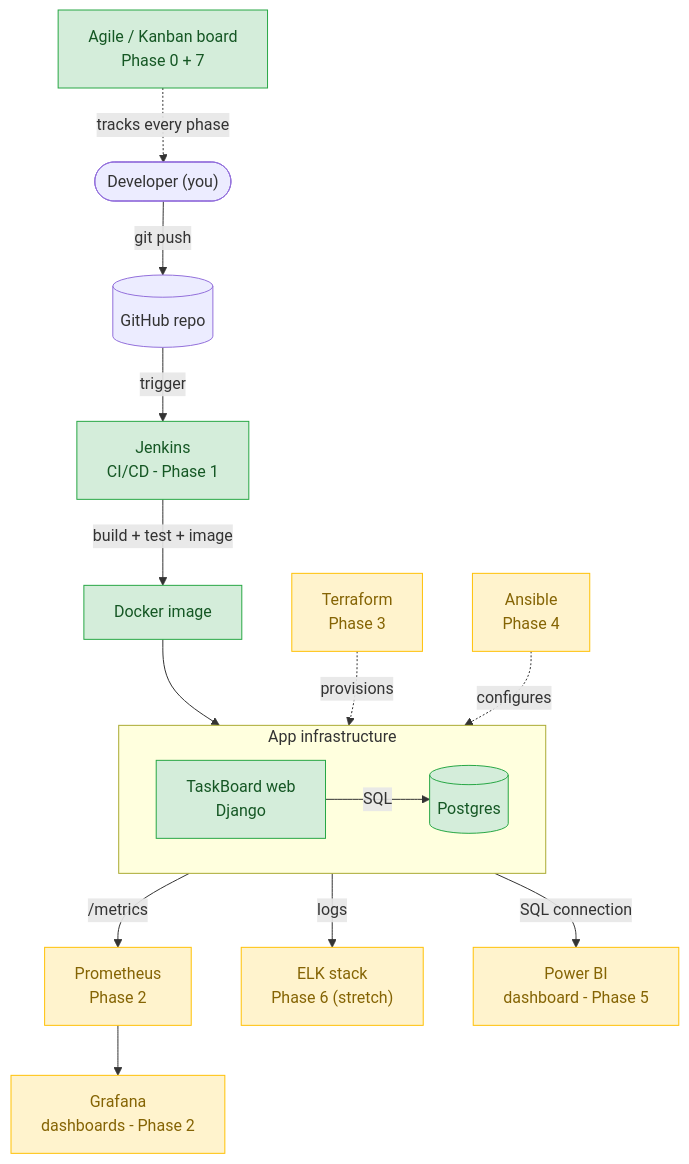
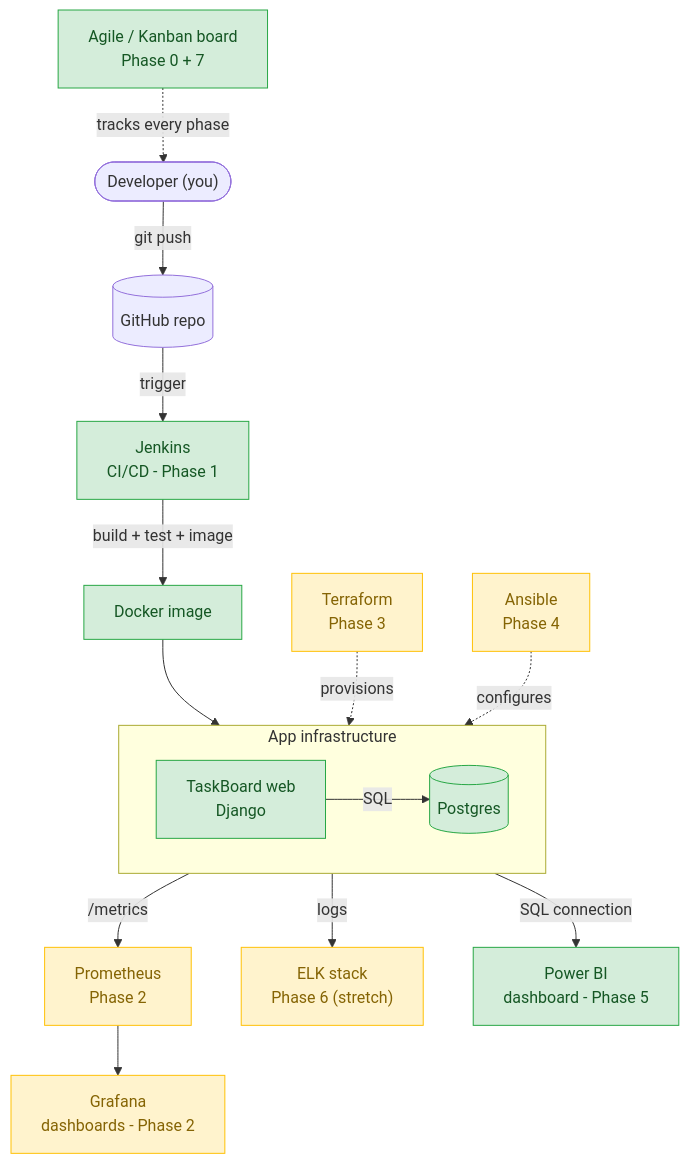
One commit to emmanuel197/devops-analytics-demo changed the diagram in wiki/diagrams/target-architecture.mmd. Above: the diagram before and after it, drawn with Mermaid. The commit also changed 15 other files, not shown here.

Commit message:
Phase 5 complete: Power BI dashboard (.pbix) + wiki/diagrams/cheatsheet

```diff
--- a/wiki/diagrams/target-architecture.mmd
+++ b/wiki/diagrams/target-architecture.mmd
@@ -1,25 +1,25 @@
 flowchart TB
     Dev(["Developer (you)"]) -->|"git push"| GH[("GitHub repo")]
     GH -->|"trigger"| Jenkins["Jenkins<br/>CI/CD - Phase 1"]
     Jenkins -->|"build + test + image"| Img["Docker image"]
 
     subgraph Infra["App infrastructure"]
         direction LR
         Web["TaskBoard web<br/>Django"] -->|"SQL"| DB[("Postgres")]
     end
 
     Img --> Web
     TF["Terraform<br/>Phase 3"] -.->|"provisions"| Infra
     Ans["Ansible<br/>Phase 4"] -.->|"configures"| Infra
 
     Web -->|"/metrics"| Prom["Prometheus<br/>Phase 2"]
     Prom --> Graf["Grafana<br/>dashboards - Phase 2"]
     Web -->|"logs"| ELK["ELK stack<br/>Phase 6 (stretch)"]
     DB -->|"SQL connection"| PBI["Power BI<br/>dashboard - Phase 5"]
 
     Kanban["Agile / Kanban board<br/>Phase 0 + 7"] -.->|"tracks every phase"| Dev
 
     classDef done fill:#d4edda,stroke:#28a745,color:#155724;
     classDef todo fill:#fff3cd,stroke:#ffc107,color:#856404;
-    class Web,DB,Jenkins,Img,Kanban done;
-    class TF,Ans,Prom,Graf,ELK,PBI todo;
+    class Web,DB,Jenkins,Img,Kanban,PBI done;
+    class TF,Ans,Prom,Graf,ELK todo;
```
